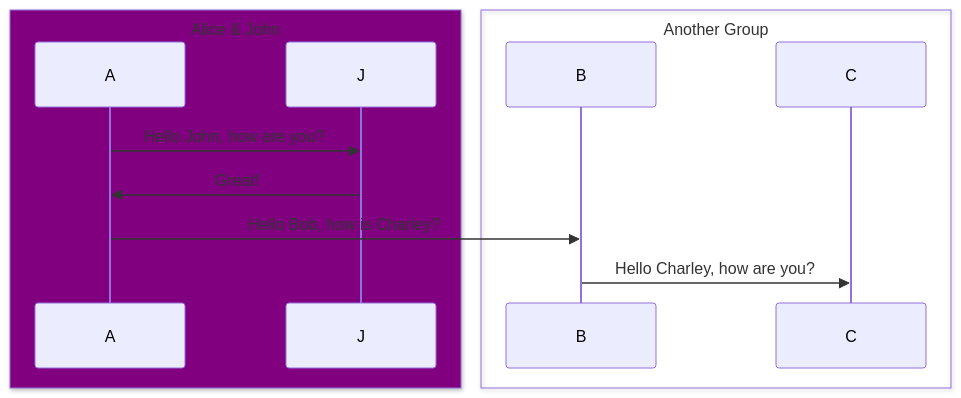
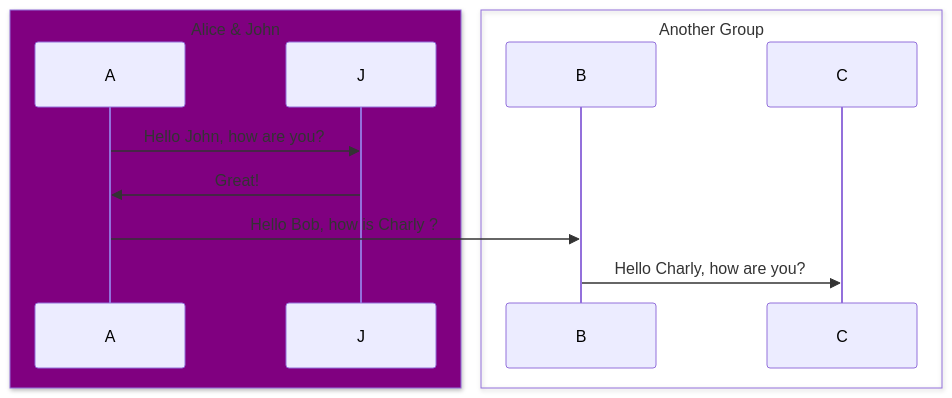
Before and after one commit to data-intuitive/mermaid-demos-in-quarto: the fifth of 24 diagrams in syntax/sequenceDiagram.qmd, drawn with Mermaid. The commit also changed other lines of this file and 13 other files, not shown here.

Commit message:
update for quarto 1.5.54 and mermaid 10.2.4

````diff
--- a/syntax/sequenceDiagram.qmd
+++ b/syntax/sequenceDiagram.qmd
@@ -120,15 +87,15 @@
 ```{mermaid}
     sequenceDiagram
     box Purple Alice & John
     participant A
     participant J
     end
     box Another Group
     participant B
     participant C
     end
     A->>J: Hello John, how are you?
     J->>A: Great!
-    A->>B: Hello Bob, how is Charley?
-    B->>C: Hello Charley, how are you?
+    A->>B: Hello Bob, how is Charly ?
+    B->>C: Hello Charly, how are you?
 ```
````
